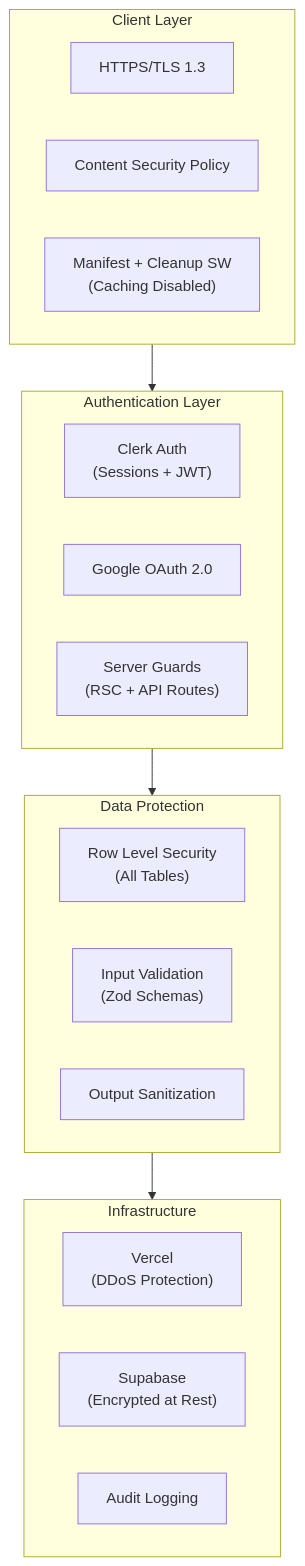
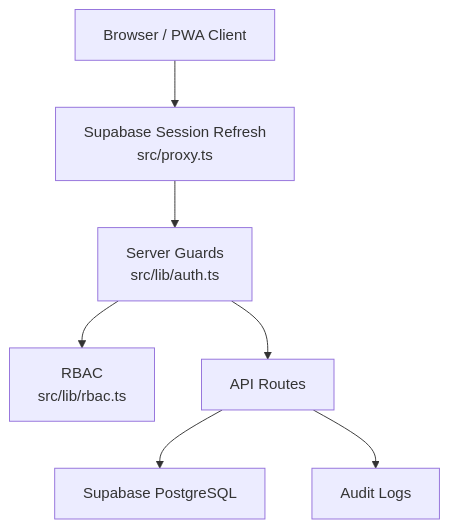
Before and after one commit to arsyamil/LevelUp-Deen-: the diagram in level-up-deen/docs/Security.md, drawn with Mermaid. The commit also changed other lines of this file and 116 other files, not shown here.

````diff
--- a/level-up-deen/docs/Security.md
+++ b/level-up-deen/docs/Security.md
@@ -9,28 +7,17 @@
 ```mermaid
 graph TB
-    subgraph Client["Client Layer"]
-        HTTPS["HTTPS/TLS 1.3"]
-        CSP["Content Security Policy"]
-        SW["Manifest + Cleanup SW<br/>(Caching Disabled)"]
-    end
+    Client["Browser / PWA Client"]
+    Proxy["Supabase Session Refresh<br/>src/proxy.ts"]
+    Guards["Server Guards<br/>src/lib/auth.ts"]
+    RBAC["RBAC<br/>src/lib/rbac.ts"]
+    API["API Routes"]
+    DB["Supabase PostgreSQL"]
+    Audit["Audit Logs"]
 
-    subgraph Auth["Authentication Layer"]
-        JWT["Clerk Auth<br/>(Sessions + JWT)"]
-        OAuth["Google OAuth 2.0"]
-        Guard["Server Guards<br/>(RSC + API Routes)"]
-    end
-
-    subgraph Data["Data Protection"]
-        RLS["Row Level Security<br/>(All Tables)"]
-        Validation["Input Validation<br/>(Zod Schemas)"]
-        Sanitize["Output Sanitization"]
-    end
-
-    subgraph Infra["Infrastructure"]
-        Vercel["Vercel<br/>(DDoS Protection)"]
-        Supabase["Supabase<br/>(Encrypted at Rest)"]
-        Audit["Audit Logging"]
-    end
-
-    Client --> Auth --> Data --> Infra
+    Client --> Proxy
+    Proxy --> Guards
+    Guards --> API
+    Guards --> RBAC
+    API --> DB
+    API --> Audit
 ```
````
